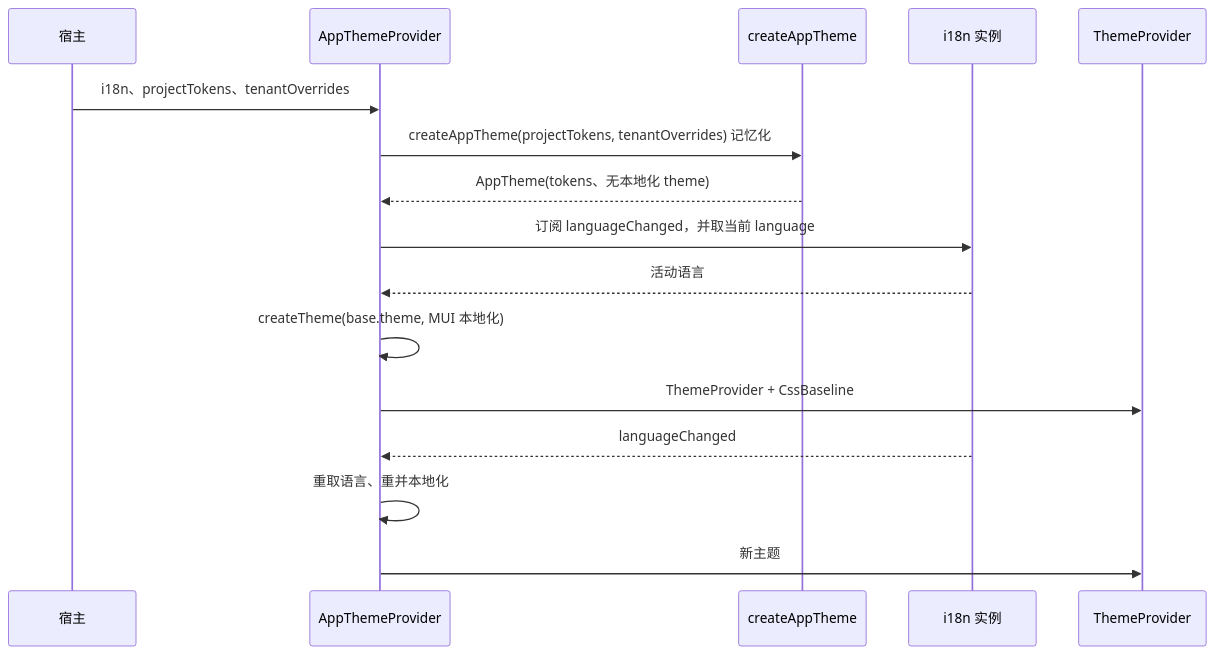
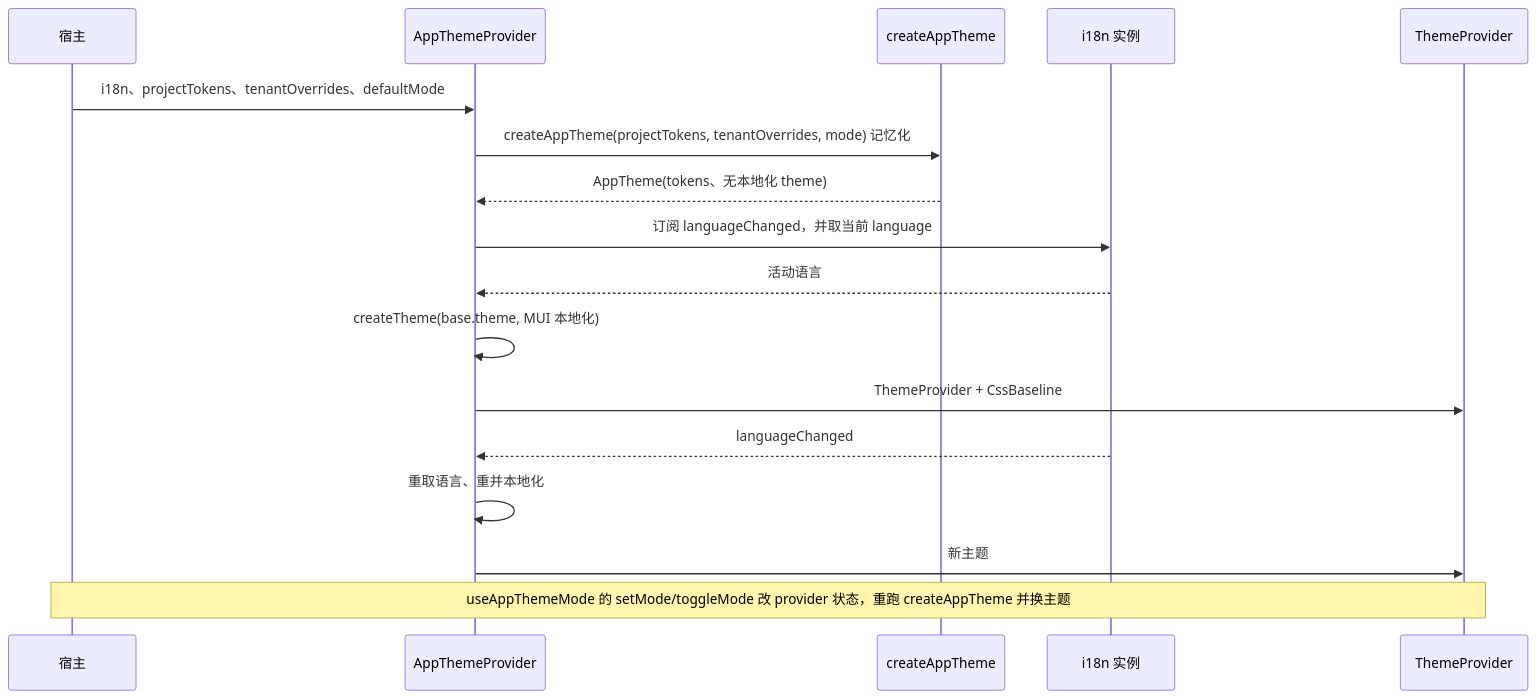
The diagram in docs/design/modules/web/design-web-ui-kit.md (wangzw/speed), drawn with Mermaid before and after one commit. The commit also changed other lines of this file and 7 other files, not shown here.

First line of the commit message:
feat(ui-kit): add a dark color mode with a toggle entry

````diff
--- a/docs/design/modules/web/design-web-ui-kit.md
+++ b/docs/design/modules/web/design-web-ui-kit.md
@@ -108,19 +120,20 @@
 ```mermaid
 sequenceDiagram
     participant Host as 宿主
     participant Provider as AppThemeProvider
     participant Factory as createAppTheme
     participant Inst as i18n 实例
     participant MUI as ThemeProvider
 
-    Host->>Provider: i18n、projectTokens、tenantOverrides
-    Provider->>Factory: createAppTheme(projectTokens, tenantOverrides) 记忆化
+    Host->>Provider: i18n、projectTokens、tenantOverrides、defaultMode
+    Provider->>Factory: createAppTheme(projectTokens, tenantOverrides, mode) 记忆化
     Factory-->>Provider: AppTheme(tokens、无本地化 theme)
     Provider->>Inst: 订阅 languageChanged，并取当前 language
     Inst-->>Provider: 活动语言
     Provider->>Provider: createTheme(base.theme, MUI 本地化)
     Provider->>MUI: ThemeProvider + CssBaseline
     Inst-->>Provider: languageChanged
     Provider->>Provider: 重取语言、重并本地化
     Provider->>MUI: 新主题
+    Note over Host,MUI: useAppThemeMode 的 setMode/toggleMode 改 provider 状态，重跑 createAppTheme 并换主题
 ```
````
